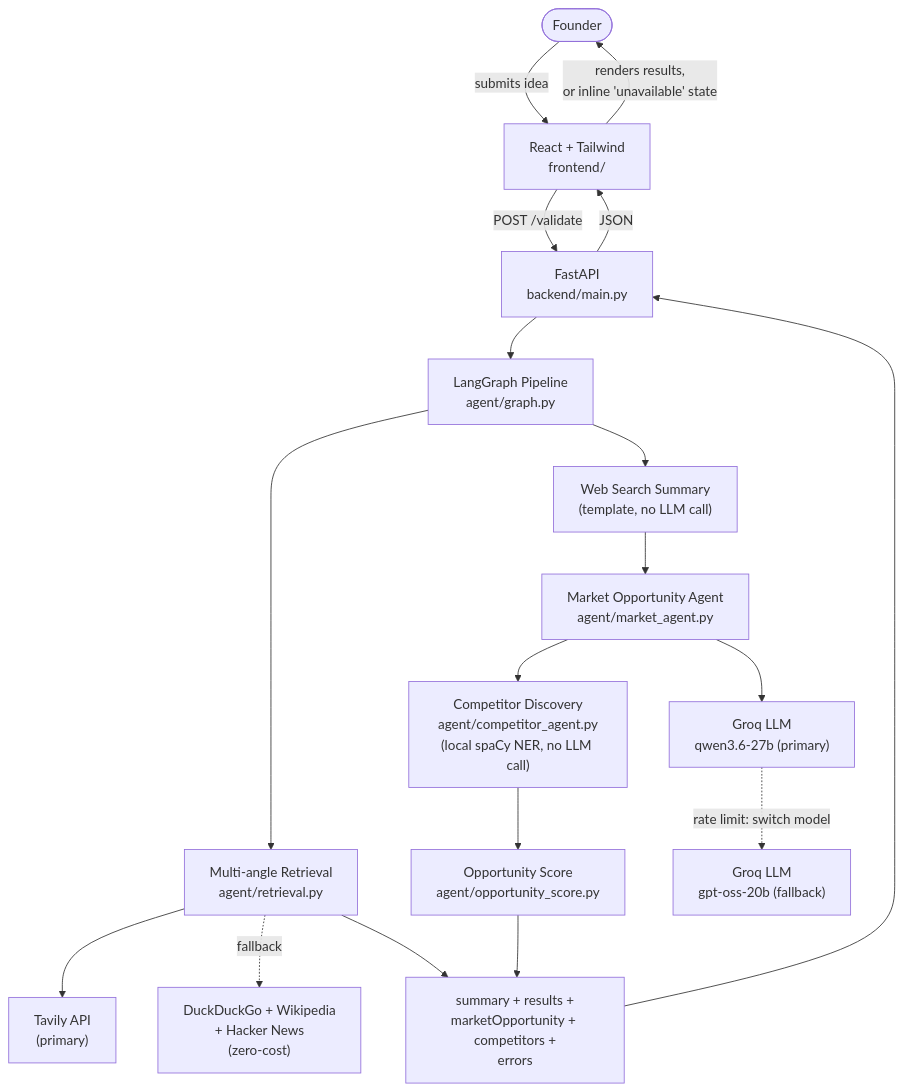
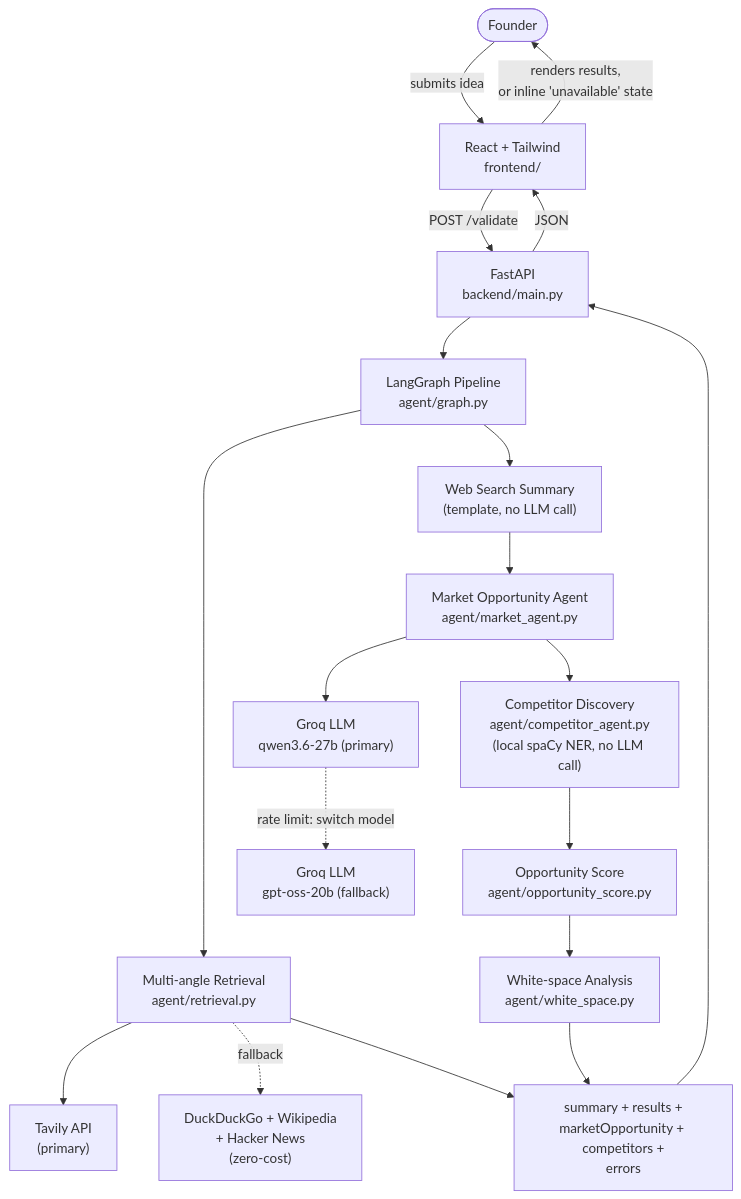
Before and after one commit to Yasaswini-ch/Development-of-AI-Based-Startup-Idea-Validator-with-Market-Analysis-Assistance: the diagram in README.md, drawn with Mermaid. The commit also changed other lines of this file and 14 other files, not shown here.

Commit message:
Add white-space analysis and validation checks

````diff
--- a/README.md
+++ b/README.md
@@ -23,23 +23,24 @@
 ```mermaid
 flowchart TD
     User(["Founder"]) -->|submits idea| Frontend["React + Tailwind\nfrontend/"]
     Frontend -->|POST /validate| Backend["FastAPI\nbackend/main.py"]
     Backend --> Pipeline["LangGraph Pipeline\nagent/graph.py"]
 
     Pipeline --> Retrieval["Multi-angle Retrieval\nagent/retrieval.py"]
     Retrieval --> Tavily["Tavily API\n(primary)"]
     Retrieval -.fallback.-> Free["DuckDuckGo + Wikipedia\n+ Hacker News\n(zero-cost)"]
 
     Pipeline --> WS["Web Search Summary\n(template, no LLM call)"]
     WS --> MO["Market Opportunity Agent\nagent/market_agent.py"]
     MO --> CD["Competitor Discovery\nagent/competitor_agent.py\n(local spaCy NER, no LLM call)"]
     CD --> OS["Opportunity Score\nagent/opportunity_score.py"]
+    OS --> WA["White-space Analysis\nagent/white_space.py"]
     MO --> LLM["Groq LLM\nqwen3.6-27b (primary)"]
     LLM -.rate limit: switch model.-> LLM2["Groq LLM\ngpt-oss-20b (fallback)"]
 
     Retrieval --> Response["summary + results +\nmarketOpportunity + competitors +\nerrors"]
-    OS --> Response
+    WA --> Response
     Response --> Backend
     Backend -->|JSON| Frontend
     Frontend -->|renders results,\nor inline 'unavailable' state| User
 ```
````
